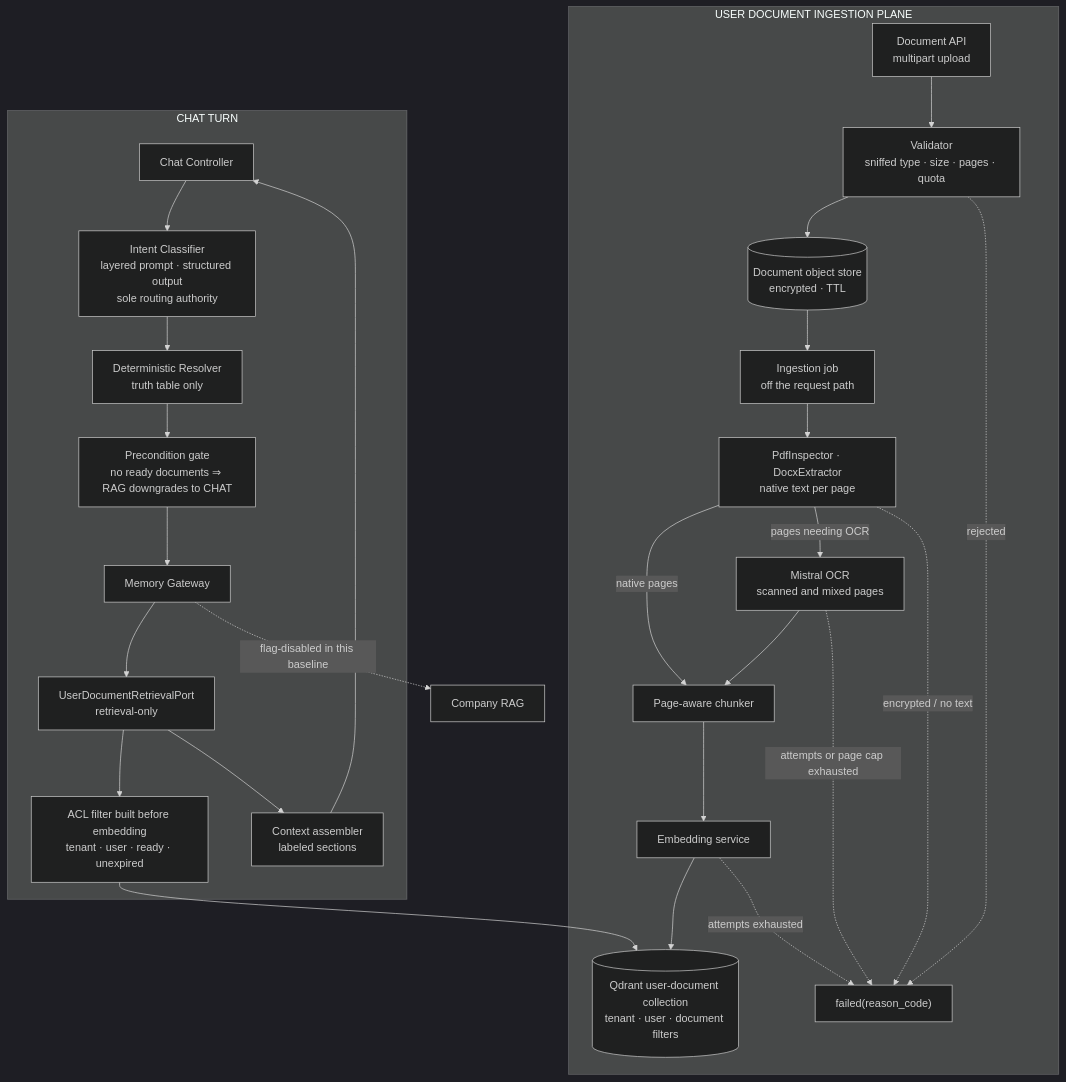
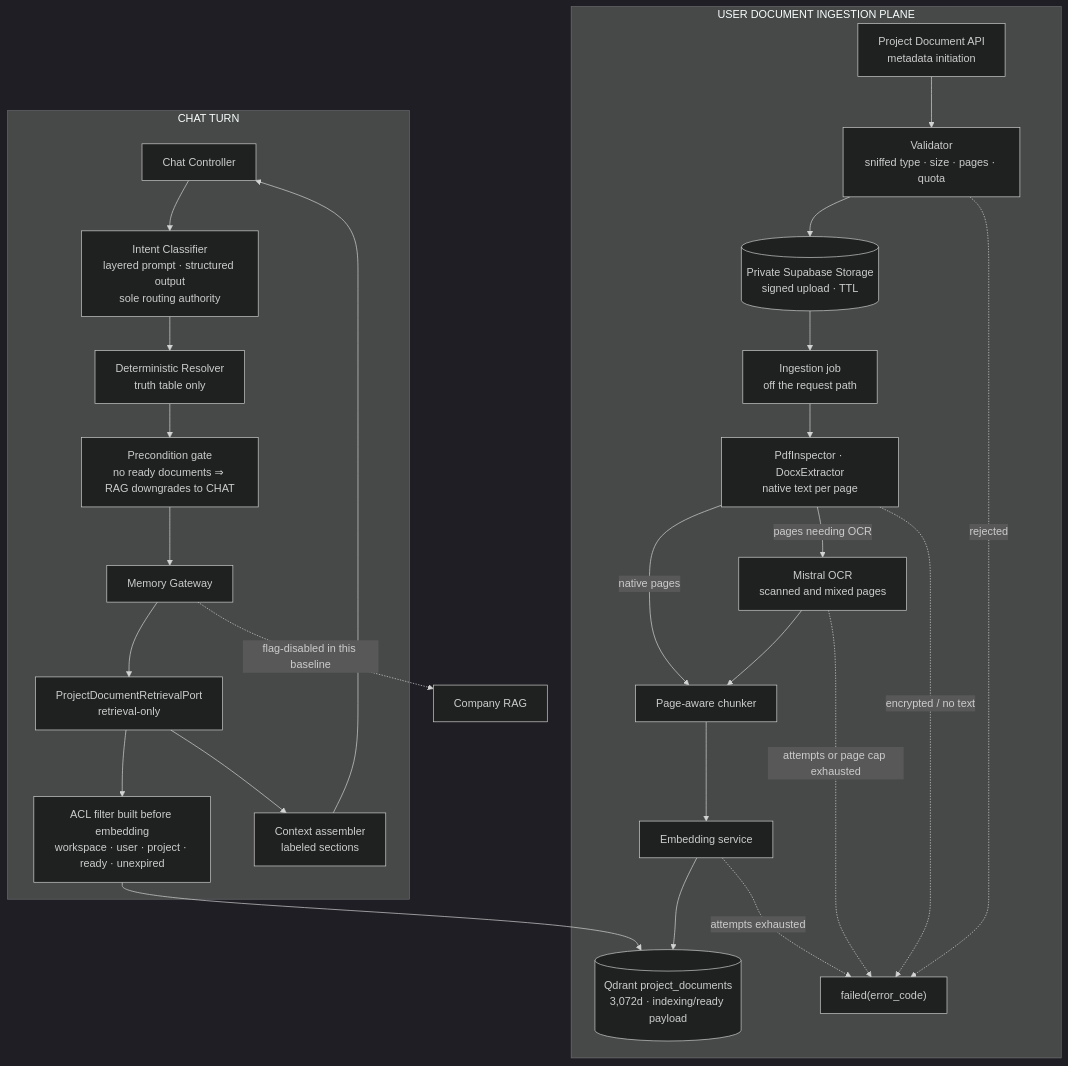
One commit to MathematicGuy/EMAIL-AGENT-v1 changed diagram 12 of 12 in docs/architectures/TARGET-ARCHITECTURE.md. Above: the diagram before and after it, drawn with Mermaid (dark theme). The commit also changed other lines of this file and 61 other files, not shown here.

First line of the commit message:
feat(project-documents): unify canonical document RAG pipeline

````diff
--- a/docs/architectures/TARGET-ARCHITECTURE.md
+++ b/docs/architectures/TARGET-ARCHITECTURE.md
@@ -2026,39 +2031,39 @@
 ```mermaid
 flowchart TB
     subgraph INGEST["USER DOCUMENT INGESTION PLANE"]
-        UP["Document API<br/>multipart upload"]
+        UP["Project Document API<br/>metadata initiation"]
         VALID["Validator<br/>sniffed type · size · pages · quota"]
-        OBJ[("Document object store<br/>encrypted · TTL")]
+        OBJ[("Private Supabase Storage<br/>signed upload · TTL")]
         JOB["Ingestion job<br/>off the request path"]
         DETECT["PdfInspector · DocxExtractor<br/>native text per page"]
         OCR["Mistral OCR<br/>scanned and mixed pages"]
         PCHUNK["Page-aware chunker"]
         UEMBED["Embedding service"]
-        UINDEX[("Qdrant user-document collection<br/>tenant · user · document filters")]
-        UFAIL["failed(reason_code)"]
+        UINDEX[("Qdrant project_documents<br/>3,072d · indexing/ready payload")]
+        UFAIL["failed(error_code)"]
     end
 
     UP --> VALID --> OBJ --> JOB --> DETECT
     DETECT -->|native pages| PCHUNK
     DETECT -->|pages needing OCR| OCR --> PCHUNK
     PCHUNK --> UEMBED --> UINDEX
     VALID -.->|"rejected"| UFAIL
     DETECT -.->|"encrypted / no text"| UFAIL
     OCR -.->|"attempts or page cap exhausted"| UFAIL
     UEMBED -.->|"attempts exhausted"| UFAIL
 
     subgraph CHATTURN["CHAT TURN"]
         CHAT["Chat Controller"]
         CLS["Intent Classifier<br/>layered prompt · structured output<br/>sole routing authority"]
         RES["Deterministic Resolver<br/>truth table only"]
         GATE["Precondition gate<br/>no ready documents ⇒ RAG downgrades to CHAT"]
         GW["Memory Gateway"]
-        DOCPORT["UserDocumentRetrievalPort<br/>retrieval-only"]
-        DACL["ACL filter built before embedding<br/>tenant · user · ready · unexpired"]
+        DOCPORT["ProjectDocumentRetrievalPort<br/>retrieval-only"]
+        DACL["ACL filter built before embedding<br/>workspace · user · project · ready · unexpired"]
         CTX["Context assembler<br/>labeled sections"]
     end
 
     CHAT --> CLS --> RES --> GATE --> GW --> DOCPORT --> DACL --> UINDEX
     GW -.->|"flag-disabled in this baseline"| COMPANY["Company RAG"]
     DOCPORT --> CTX --> CHAT
 ```
````
